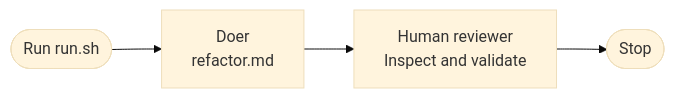
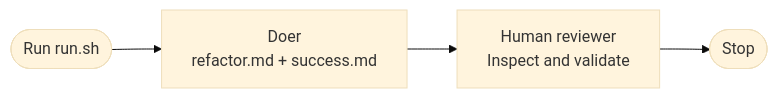
One commit to lean-software-production/software-factory-tutorial changed the diagram in docs/specs/001-invoke-a-doer.md. Above: the diagram before and after it, drawn with Mermaid (base theme). The commit also changed other lines of this file and 6 other files, not shown here.

````diff
--- a/docs/specs/001-invoke-a-doer.md
+++ b/docs/specs/001-invoke-a-doer.md
@@ -15,6 +15,6 @@
 ```mermaid
 flowchart LR
-    Start([Run run.sh]) --> Doer[Doer\nrefactor.md]
+    Start([Run run.sh]) --> Doer[Doer\nrefactor.md + success.md]
     Doer --> Human[Human reviewer\nInspect and validate]
     Human --> End([Stop])
 ```
````
